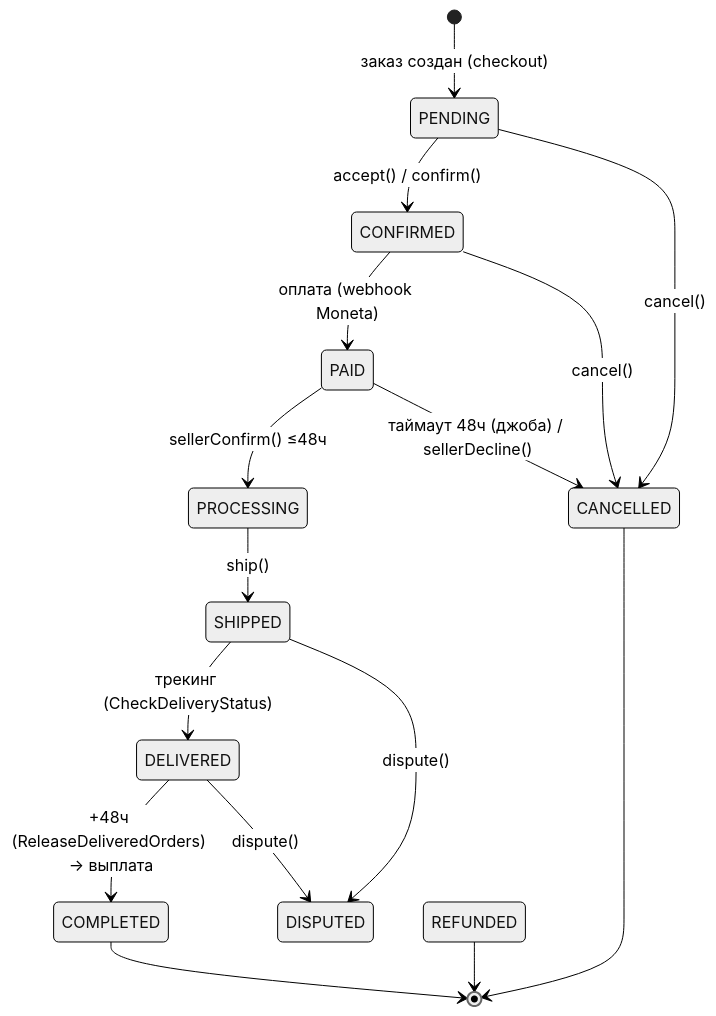
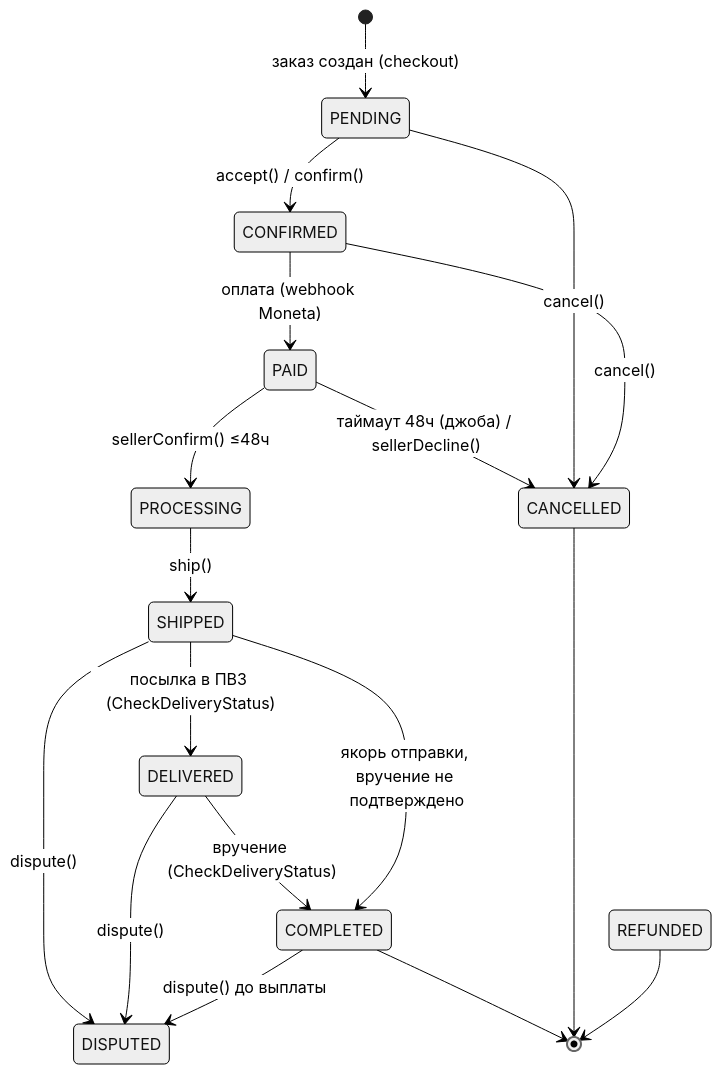
One commit to nikander777/mz changed the diagram in docs/processes/order-lifecycle.md. Above: the diagram before and after it, drawn with Mermaid (neutral theme). The commit also changed other lines of this file and 2 other files, not shown here.

First line of the commit message:
docs(delivery): статусы заказа по трекингу и порядок статусов СДЭК

````diff
--- a/docs/processes/order-lifecycle.md
+++ b/docs/processes/order-lifecycle.md
@@ -29,18 +29,20 @@
 ```mermaid
 stateDiagram-v2
   [*] --> PENDING: заказ создан (checkout)
   PENDING --> CONFIRMED: accept() / confirm()
   CONFIRMED --> PAID: оплата (webhook Moneta)
   PAID --> PROCESSING: sellerConfirm() ≤48ч
   PAID --> CANCELLED: таймаут 48ч (джоба) / sellerDecline()
   PROCESSING --> SHIPPED: ship()
-  SHIPPED --> DELIVERED: трекинг (CheckDeliveryStatus)
-  DELIVERED --> COMPLETED: +48ч (ReleaseDeliveredOrders) → выплата
+  SHIPPED --> DELIVERED: посылка в ПВЗ (CheckDeliveryStatus)
+  DELIVERED --> COMPLETED: вручение (CheckDeliveryStatus)
+  SHIPPED --> COMPLETED: якорь отправки, вручение не подтверждено
   SHIPPED --> DISPUTED: dispute()
   DELIVERED --> DISPUTED: dispute()
+  COMPLETED --> DISPUTED: dispute() до выплаты
   PENDING --> CANCELLED: cancel()
   CONFIRMED --> CANCELLED: cancel()
   COMPLETED --> [*]
   CANCELLED --> [*]
   REFUNDED --> [*]
 ```
````
